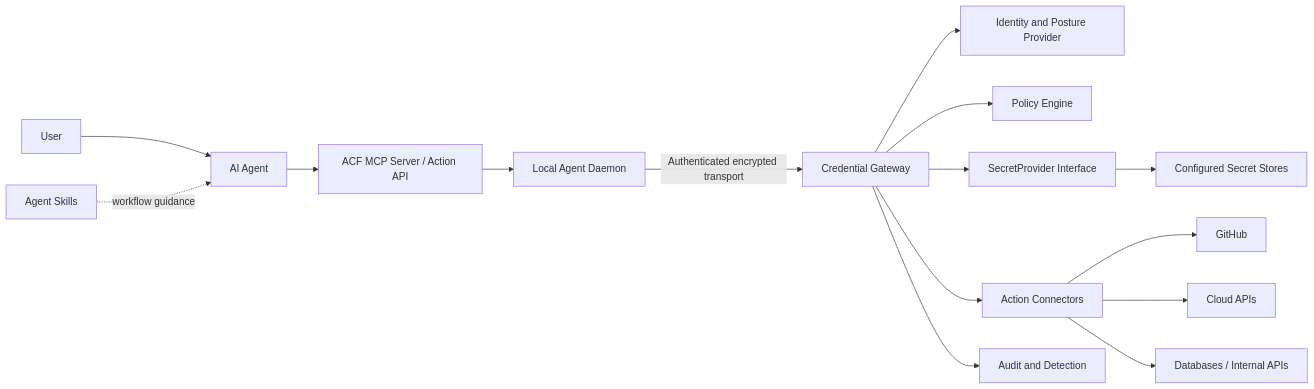
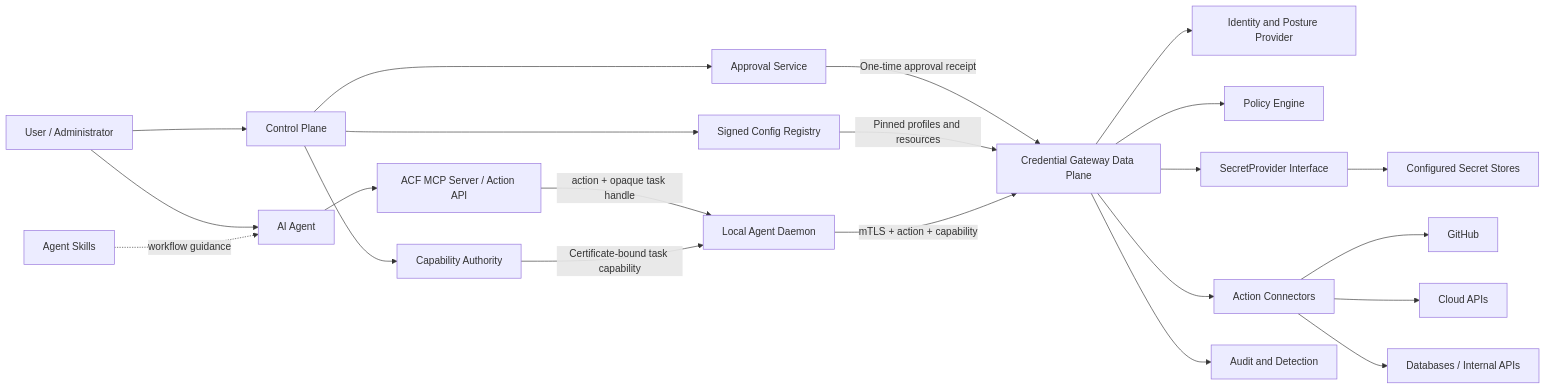
The first of 3 diagrams in docs/design.md (carloscn/agent-credential-firewall), drawn with Mermaid before and after one commit. The commit also changed other lines of this file and 5 other files, not shown here.

````diff
--- a/docs/design.md
+++ b/docs/design.md
@@ -98,17 +110,24 @@
 ```mermaid
 flowchart LR
-    U[User] --> A[AI Agent]
+    U[User / Administrator] --> CP[Control Plane]
+    CP --> CA[Capability Authority]
+    CP --> AS[Approval Service]
+    CP --> CR[Signed Config Registry]
+    U --> A[AI Agent]
     S[Agent Skills] -. workflow guidance .-> A
     A --> M[ACF MCP Server / Action API]
-    M --> D[Local Agent Daemon]
-    D -->|Authenticated encrypted transport| G[Credential Gateway]
+    M -->|action + opaque task handle| D[Local Agent Daemon]
+    CA -->|Certificate-bound task capability| D
+    AS -->|One-time approval receipt| G[Credential Gateway Data Plane]
+    CR -->|Pinned profiles and resources| G
+    D -->|mTLS + action + capability| G
     G --> I[Identity and Posture Provider]
     G --> P[Policy Engine]
     G --> SP[SecretProvider Interface]
     SP --> SS[Configured Secret Stores]
     G --> X[Action Connectors]
     X --> GH[GitHub]
     X --> C[Cloud APIs]
     X --> DB[Databases / Internal APIs]
     G --> E[Audit and Detection]
 ```
````
